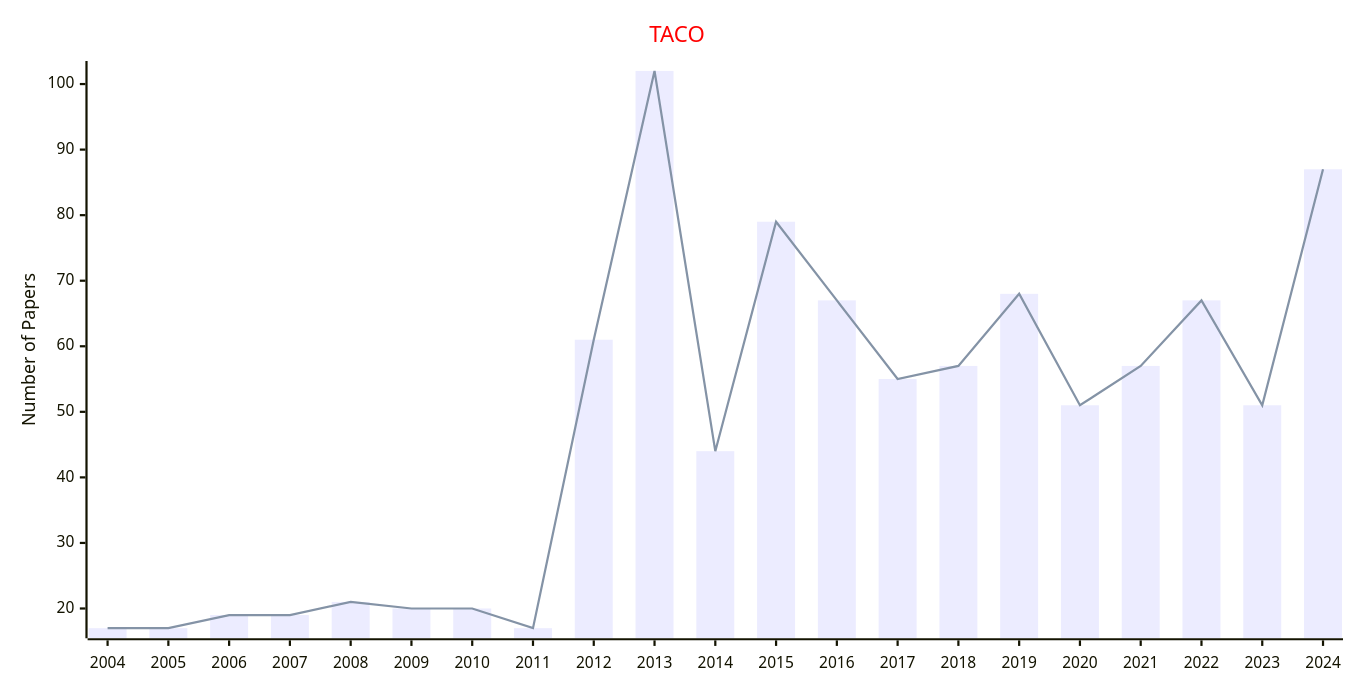
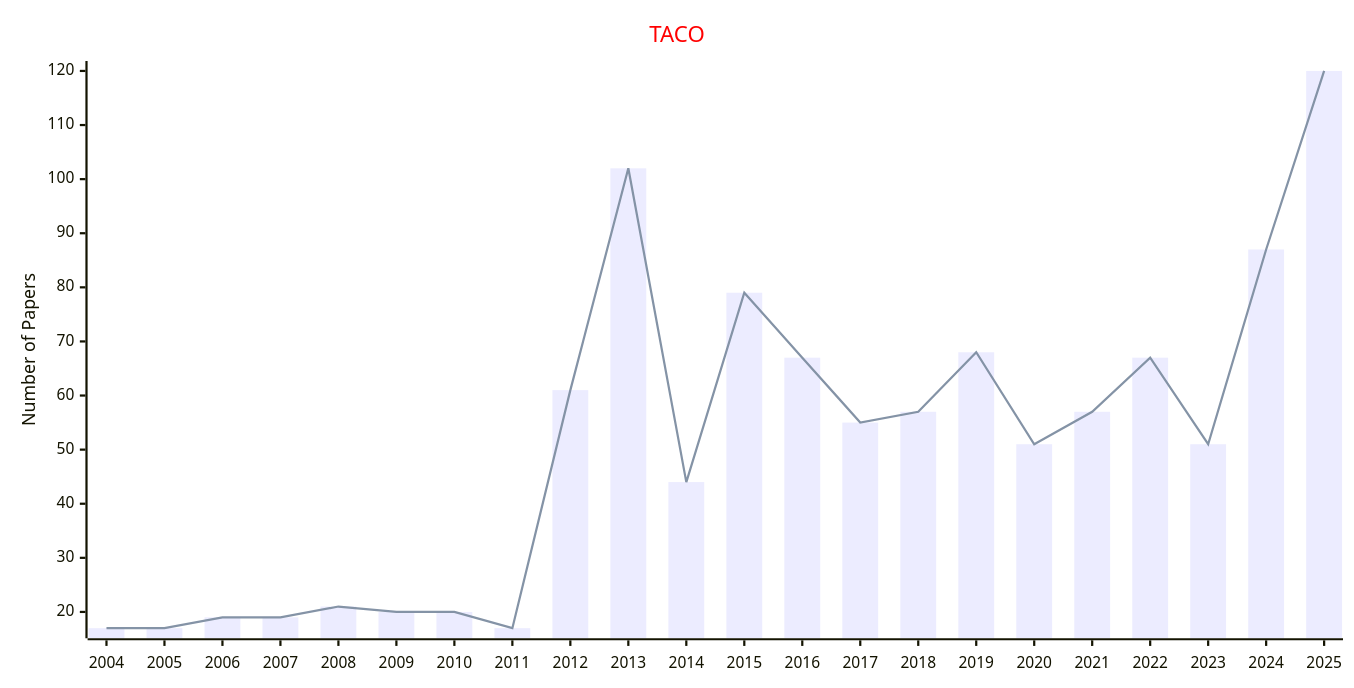
Before and after one commit to Easy-PhD/AILinks: the diagram in docs/data/Journals/Statistics_Journals/Code_Optimization.md, drawn with Mermaid. The commit also changed 93 other files, not shown here.

````diff
--- a/docs/data/Journals/Statistics_Journals/Code_Optimization.md
+++ b/docs/data/Journals/Statistics_Journals/Code_Optimization.md
@@ -9,17 +9,17 @@
 ```mermaid
 ---
 config:
     xyChart:
         width: 1200
         height: 600
     themeVariables:
         xyChart:
             titleColor: "#ff0000"
 ---
 xychart-beta
     title "TACO"
-    x-axis [2004, 2005, 2006, 2007, 2008, 2009, 2010, 2011, 2012, 2013, 2014, 2015, 2016, 2017, 2018, 2019, 2020, 2021, 2022, 2023, 2024]
+    x-axis [2004, 2005, 2006, 2007, 2008, 2009, 2010, 2011, 2012, 2013, 2014, 2015, 2016, 2017, 2018, 2019, 2020, 2021, 2022, 2023, 2024, 2025]
     y-axis "Number of Papers"
-    bar [17, 17, 19, 19, 21, 20, 20, 17, 61, 102, 44, 79, 67, 55, 57, 68, 51, 57, 67, 51, 87]
-    line [17, 17, 19, 19, 21, 20, 20, 17, 61, 102, 44, 79, 67, 55, 57, 68, 51, 57, 67, 51, 87]
+    bar [17, 17, 19, 19, 21, 20, 20, 17, 61, 102, 44, 79, 67, 55, 57, 68, 51, 57, 67, 51, 87, 120]
+    line [17, 17, 19, 19, 21, 20, 20, 17, 61, 102, 44, 79, 67, 55, 57, 68, 51, 57, 67, 51, 87, 120]
 ```
````
